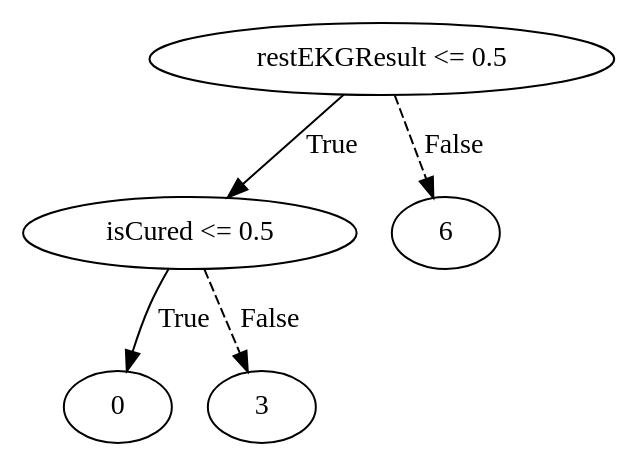
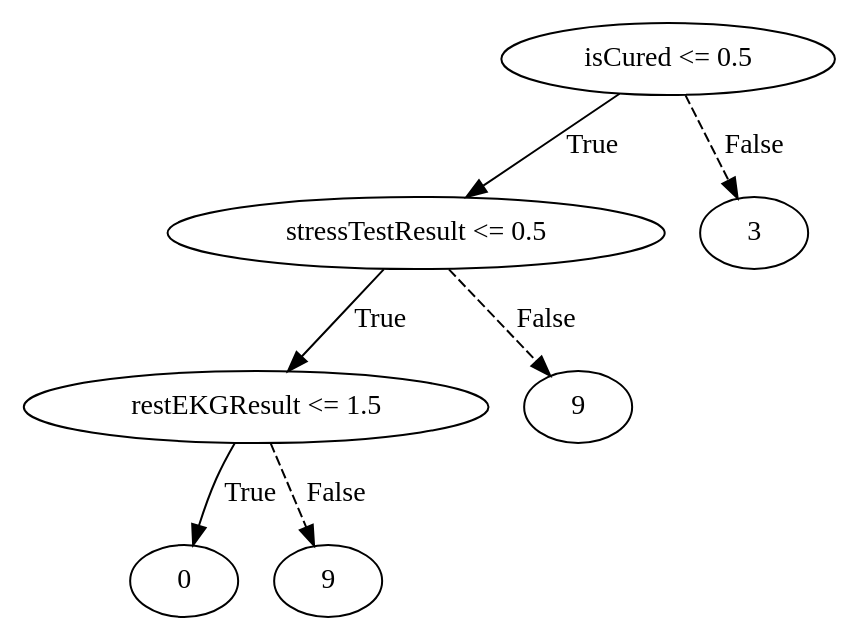
One commit to muqsit-azeem/pomdp-explainable-strategies changed the diagram in quantitative/heart/explainable-fsc-result/heart-disease/memory-transitions/0/default.dot. Above: the diagram before and after it, drawn with Graphviz. The commit also changed 47 other files, not shown here.

```diff
--- a/quantitative/heart/explainable-fsc-result/heart-disease/memory-transitions/0/default.dot
+++ b/quantitative/heart/explainable-fsc-result/heart-disease/memory-transitions/0/default.dot
@@ -1,12 +1,16 @@
 digraph {
-0 [label="restEKGResult <= 0.5"];
-1 [label="isCured <= 0.5"];
-2 [label="0"];
+0 [label="isCured <= 0.5"];
+1 [label="stressTestResult <= 0.5"];
+2 [label="restEKGResult <= 1.5"];
+3 [label="0"];
+2 -> 3 [label="True"];
+4 [label="9"];
+2 -> 4 [style="dashed", label="False"];
 1 -> 2 [label="True"];
-3 [label="3"];
-1 -> 3 [style="dashed", label="False"];
+5 [label="9"];
+1 -> 5 [style="dashed", label="False"];
 0 -> 1 [label="True"];
-4 [label="6"];
-0 -> 4 [style="dashed", label="False"];
+6 [label="3"];
+0 -> 6 [style="dashed", label="False"];
 
 }
```
